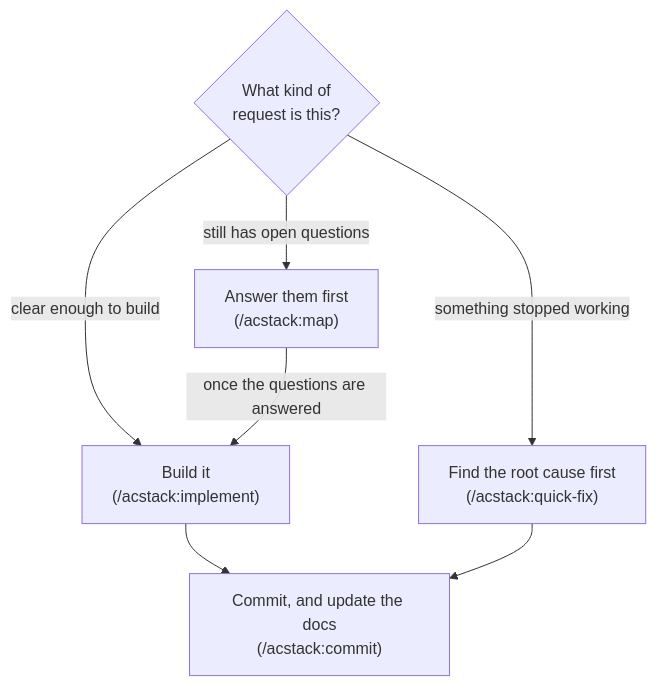
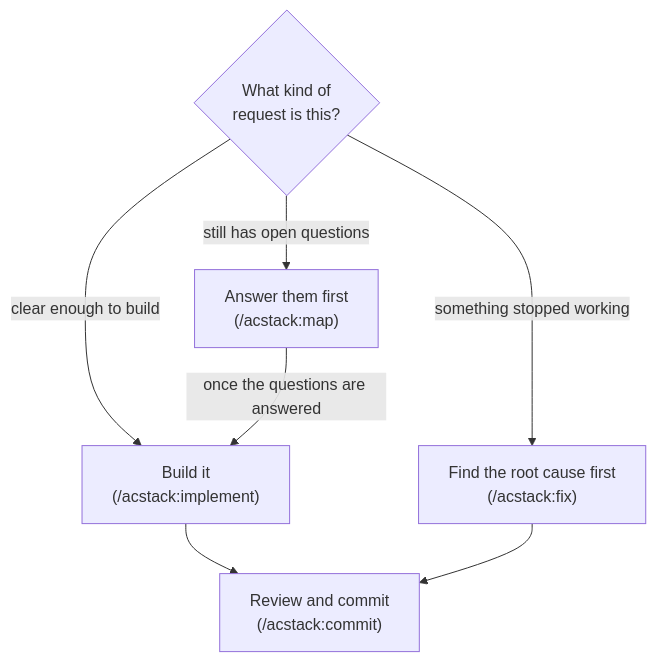
The diagram in README.md (ac8318740/acstack), drawn with Mermaid before and after one commit. The commit also changed other lines of this file and 93 other files, not shown here.

````diff
--- a/README.md
+++ b/README.md
@@ -19,9 +18,9 @@
 ```mermaid
 flowchart TD
     Q{"What kind of<br/>request is this?"} -->|"clear enough to build"| IM["Build it<br/>(/acstack:implement)"]
-    Q -->|"something stopped working"| QF["Find the root cause first<br/>(/acstack:quick-fix)"]
+    Q -->|"something stopped working"| QF["Find the root cause first<br/>(/acstack:fix)"]
     Q -->|"still has open questions"| MP["Answer them first<br/>(/acstack:map)"]
     MP -->|"once the questions are answered"| IM
-    IM --> C["Commit, and update the docs<br/>(/acstack:commit)"]
+    IM --> C["Review and commit<br/>(/acstack:commit)"]
     QF --> C
 ```
````
